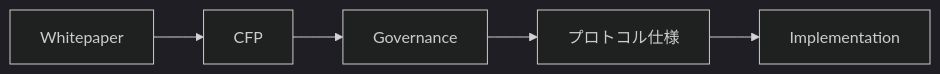
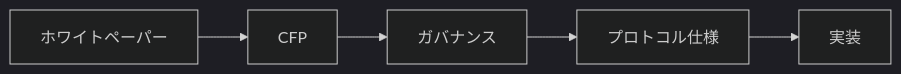
The third of 3 diagrams in docs/proposals/index.md (ShigeichiroYamasaki/creator-first-platform), drawn with Mermaid (dark theme) before and after one commit. The commit also changed other lines of this file and 72 other files, not shown here.

````diff
--- a/docs/proposals/index.md
+++ b/docs/proposals/index.md
@@ -87,10 +87,10 @@
 ```mermaid
 flowchart LR
-    WP[Whitepaper]
+    WP[ホワイトペーパー]
     CFP[CFP]
-    GOV[Governance]
+    GOV[ガバナンス]
     SPEC[プロトコル仕様]
-    IMPL[Implementation]
+    IMPL[実装]
 
     WP --> CFP --> GOV --> SPEC --> IMPL
 ```
````
